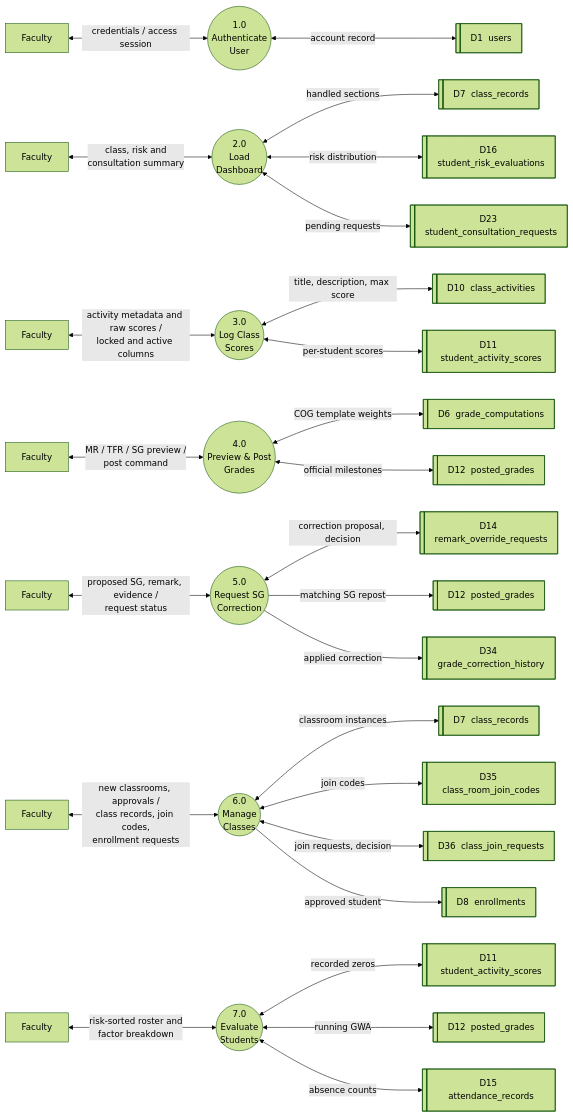
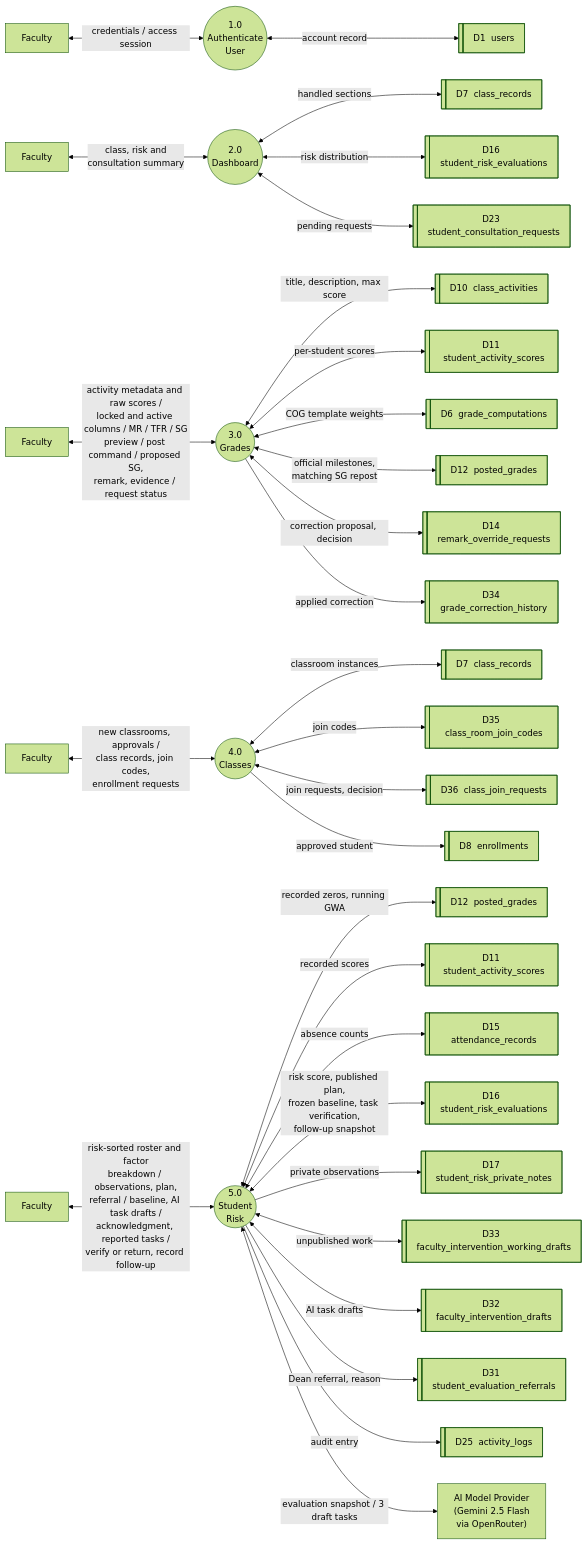
One commit to kurarensu16/sage changed the diagram in docs/02-thesis/figures/Figure-2.9-DFD-Faculty-A.mmd. Above: the diagram before and after it, drawn with Mermaid (forest theme). The commit also changed 85 other files, not shown here.

First line of the commit message:
feat: security hardening, consultation scheduling, COG snapshots, and OTP password reset

```diff
--- a/docs/02-thesis/figures/Figure-2.9-DFD-Faculty-A.mmd
+++ b/docs/02-thesis/figures/Figure-2.9-DFD-Faculty-A.mmd
@@ -1,42 +1,44 @@
 flowchart LR
-%% ===== Figure 2.9 — Level 1 DFD: Faculty Portal — column A (processes 1.0–7.0), revised 2026-10-10 =====
-%% Two-column layout (see compose_columns.py); adds 6.0 Manage Classes; numbered in menu order.
+%% ===== Figure 2.9 — Level 1 DFD: Faculty Portal — column A (processes 1.0–5.0), consolidated 2026-10-14 =====
+%% Each process now corresponds 1:1 with a module in Figure 2.12 (VTOC) and the Scope and Delimitation.
+%% Log Class Scores / Preview & Post Grades / Request SG Correction merge into 3.0 Grades.
+%% Two-column layout (see compose_columns.py).
 
   %% ---------- 1.0 ----------
   F1["Faculty"] <-- "credentials / access session" --> P1(("1.0<br/>Authenticate<br/>User"))
   P1 <-- "account record" --> D1@{ shape: lin-rect, label: "D1&nbsp; users" }
 
   %% ---------- 2.0 ----------
-  F2["Faculty"] <-- "class, risk and<br/>consultation summary" --> P2(("2.0<br/>Load<br/>Dashboard"))
+  F2["Faculty"] <-- "class, risk and<br/>consultation summary" --> P2(("2.0<br/>Dashboard"))
   P2 <-- "handled sections" --> D7b@{ shape: lin-rect, label: "D7&nbsp; class_records" }
   P2 <-- "risk distribution" --> D16b@{ shape: lin-rect, label: "D16&nbsp; student_risk_evaluations" }
   P2 <-- "pending requests" --> D23b@{ shape: lin-rect, label: "D23&nbsp; student_consultation_requests" }
 
   %% ---------- 3.0 ----------
-  F3["Faculty"] <-- "activity metadata and raw scores /<br/>locked and active columns" --> P3(("3.0<br/>Log Class<br/>Scores"))
+  F3["Faculty"] <-- "activity metadata and raw scores /<br/>locked and active columns / MR / TFR / SG<br/>preview / post command / proposed SG,<br/>remark, evidence / request status" --> P3(("3.0<br/>Grades"))
   P3 <-- "title, description, max score" --> D10c@{ shape: lin-rect, label: "D10&nbsp; class_activities" }
   P3 <-- "per-student scores" --> D11c@{ shape: lin-rect, label: "D11&nbsp; student_activity_scores" }
+  P3 <-- "COG template weights" --> D6c@{ shape: lin-rect, label: "D6&nbsp; grade_computations" }
+  P3 <-- "official milestones,<br/>matching SG repost" --> D12c@{ shape: lin-rect, label: "D12&nbsp; posted_grades" }
+  P3 <-- "correction proposal, decision" --> D14c@{ shape: lin-rect, label: "D14&nbsp; remark_override_requests" }
+  P3 -- "applied correction" --> D34c@{ shape: lin-rect, label: "D34&nbsp; grade_correction_history" }
 
   %% ---------- 4.0 ----------
-  F4["Faculty"] <-- "MR / TFR / SG preview /<br/>post command" --> P4(("4.0<br/>Preview & Post<br/>Grades"))
-  P4 <-- "COG template weights" --> D6d@{ shape: lin-rect, label: "D6&nbsp; grade_computations" }
-  P4 <-- "official milestones" --> D12d@{ shape: lin-rect, label: "D12&nbsp; posted_grades" }
+  F4["Faculty"] <-- "new classrooms, approvals /<br/>class records, join codes,<br/>enrollment requests" --> P4(("4.0<br/>Classes"))
+  P4 <-- "classroom instances" --> D7d@{ shape: lin-rect, label: "D7&nbsp; class_records" }
+  P4 <-- "join codes" --> D35d@{ shape: lin-rect, label: "D35&nbsp; class_room_join_codes" }
+  P4 <-- "join requests, decision" --> D36d@{ shape: lin-rect, label: "D36&nbsp; class_join_requests" }
+  P4 -- "approved student" --> D8d@{ shape: lin-rect, label: "D8&nbsp; enrollments" }
 
   %% ---------- 5.0 ----------
-  F5["Faculty"] <-- "proposed SG, remark, evidence /<br/>request status" --> P5(("5.0<br/>Request SG<br/>Correction"))
-  P5 <-- "correction proposal, decision" --> D14e@{ shape: lin-rect, label: "D14&nbsp; remark_override_requests" }
-  P5 -- "matching SG repost" --> D12e@{ shape: lin-rect, label: "D12&nbsp; posted_grades" }
-  P5 -- "applied correction" --> D34e@{ shape: lin-rect, label: "D34&nbsp; grade_correction_history" }
-
-  %% ---------- 6.0 ----------
-  F6["Faculty"] <-- "new classrooms, approvals /<br/>class records, join codes,<br/>enrollment requests" --> P6(("6.0<br/>Manage<br/>Classes"))
-  P6 <-- "classroom instances" --> D7f@{ shape: lin-rect, label: "D7&nbsp; class_records" }
-  P6 <-- "join codes" --> D35f@{ shape: lin-rect, label: "D35&nbsp; class_room_join_codes" }
-  P6 <-- "join requests, decision" --> D36f@{ shape: lin-rect, label: "D36&nbsp; class_join_requests" }
-  P6 -- "approved student" --> D8f@{ shape: lin-rect, label: "D8&nbsp; enrollments" }
-
-  %% ---------- 7.0 ----------
-  F7["Faculty"] <-- "risk-sorted roster and<br/>factor breakdown" --> P7(("7.0<br/>Evaluate<br/>Students"))
-  P7 <-- "recorded zeros" --> D11g@{ shape: lin-rect, label: "D11&nbsp; student_activity_scores" }
-  P7 <-- "running GWA" --> D12g@{ shape: lin-rect, label: "D12&nbsp; posted_grades" }
-  P7 <-- "absence counts" --> D15g@{ shape: lin-rect, label: "D15&nbsp; attendance_records" }
+  F5["Faculty"] <-- "risk-sorted roster and factor<br/>breakdown / observations, plan,<br/>referral / baseline, AI task drafts /<br/>acknowledgment, reported tasks /<br/>verify or return, record follow-up" --> P5(("5.0<br/>Student<br/>Risk"))
+  P5 <-- "recorded zeros, running GWA" --> D12e@{ shape: lin-rect, label: "D12&nbsp; posted_grades" }
+  P5 <-- "recorded scores" --> D11e@{ shape: lin-rect, label: "D11&nbsp; student_activity_scores" }
+  P5 <-- "absence counts" --> D15e@{ shape: lin-rect, label: "D15&nbsp; attendance_records" }
+  P5 <-- "risk score, published plan,<br/>frozen baseline, task verification,<br/>follow-up snapshot" --> D16e@{ shape: lin-rect, label: "D16&nbsp; student_risk_evaluations" }
+  P5 -- "private observations" --> D17e@{ shape: lin-rect, label: "D17&nbsp; student_risk_private_notes" }
+  P5 <-- "unpublished work" --> D33e@{ shape: lin-rect, label: "D33&nbsp; faculty_intervention_working_drafts" }
+  P5 <-- "AI task drafts" --> D32e@{ shape: lin-rect, label: "D32&nbsp; faculty_intervention_drafts" }
+  P5 -- "Dean referral, reason" --> D31e@{ shape: lin-rect, label: "D31&nbsp; student_evaluation_referrals" }
+  P5 -- "audit entry" --> D25e@{ shape: lin-rect, label: "D25&nbsp; activity_logs" }
+  P5 <-- "evaluation snapshot / 3 draft tasks" --> AIP["AI Model Provider<br/>(Gemini 2.5 Flash<br/>via OpenRouter)"]
```
